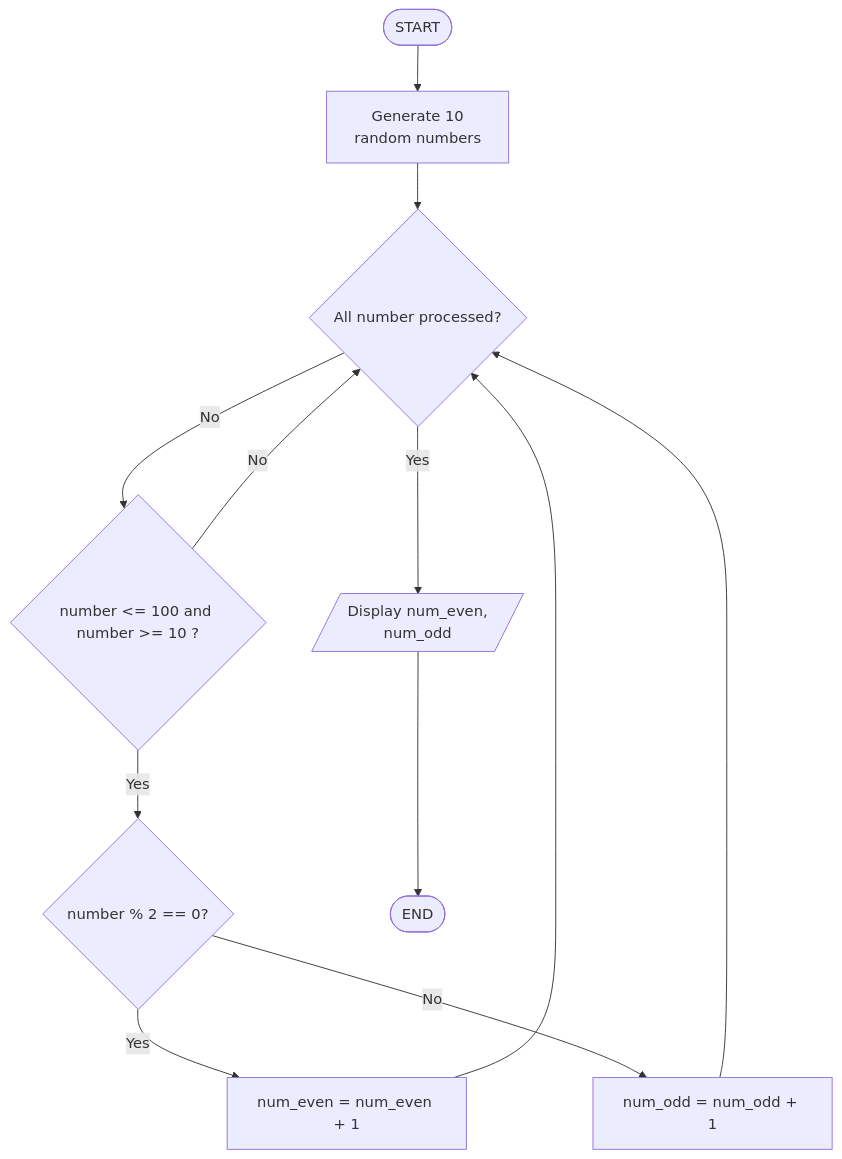
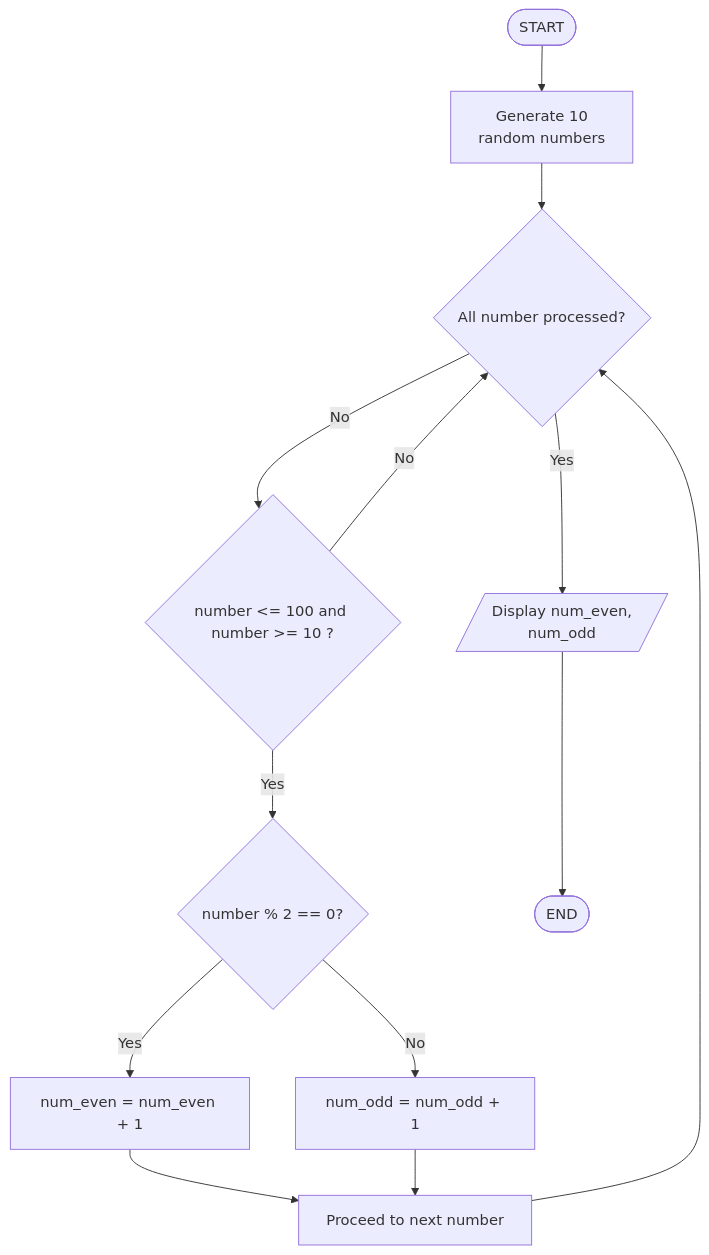
The seventh of 12 diagrams in README.md (Tay25006739/WIX1002_W02_Tutorial_1), drawn with Mermaid before and after one commit. The commit also changed other lines of this file, not shown here.

Commit message:
Rechecked Flow chart

````diff
--- a/README.md
+++ b/README.md
@@ -190,16 +190,17 @@
 ```mermaid
 flowchart TD
     A([START]) --> B[Generate 10 <br> random numbers]
     B --> C{All number processed?}
     C --> |No| D{number <= 100 and number >= 10 ?}
     D --> |Yes| E{number % 2 == 0?}
     E --> |Yes| F[num_even = num_even + 1]
     E --> |No| G[num_odd = num_odd + 1]
-    F --> C
-    G --> C
+    F --> J[Proceed to next number]
+    G --> J
+    J --> C
     C --> |Yes| H[/Display num_even, <br> num_odd/]
     D --> |No| C
     H --> I([END])
     
     
 ```
````
